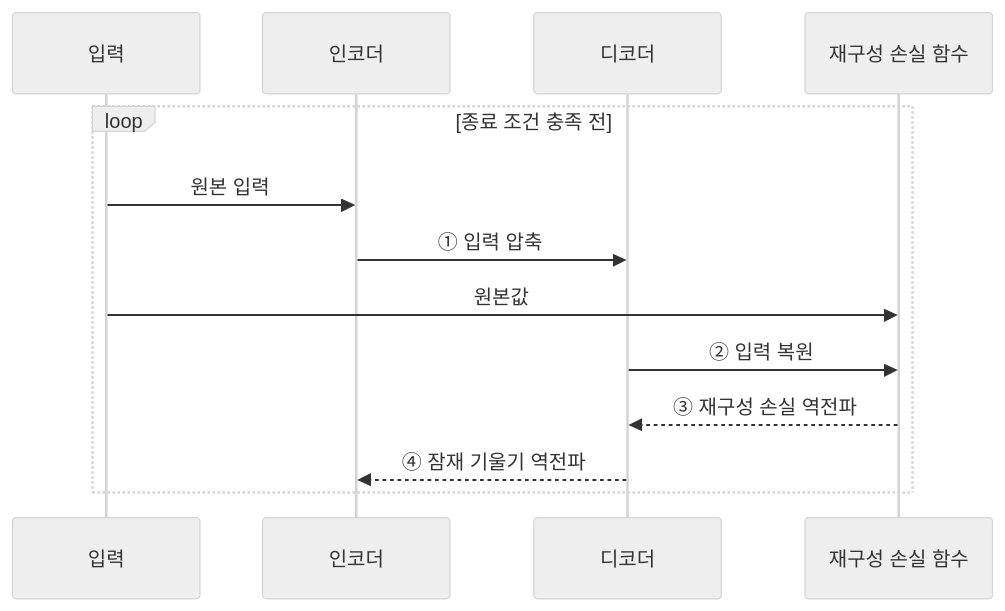
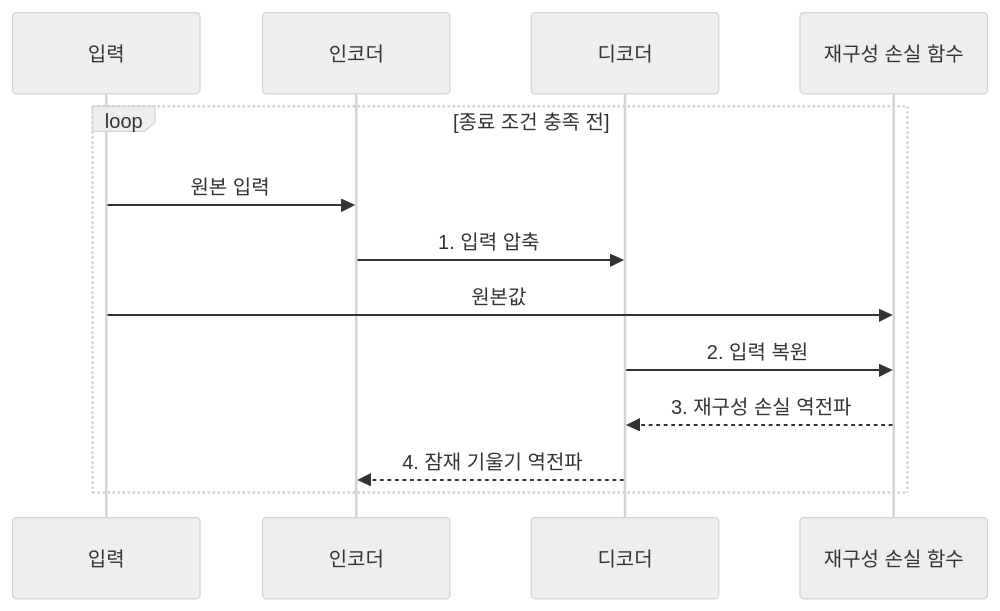
Before and after one commit to agnusdei1207/knowledge-base: the second of 2 diagrams in src/content/docs/notes/01-basic-theory/045_autoencoder.md, drawn with Mermaid (neutral theme). The commit also changed other lines of this file and 20 other files, not shown here.

````diff
--- a/src/content/docs/notes/01-basic-theory/045_autoencoder.md
+++ b/src/content/docs/notes/01-basic-theory/045_autoencoder.md
@@ -85,15 +87,15 @@
 ```mermaid
 sequenceDiagram
     participant I as 입력
     participant E as 인코더
     participant D as 디코더
     participant L as 재구성 손실 함수
     loop 종료 조건 충족 전
         I->>E: 원본 입력
-        E->>D: ① 입력 압축
+        E->>D: 1. 입력 압축
         I->>L: 원본값
-        D->>L: ② 입력 복원
-        L-->>D: ③ 재구성 손실 역전파
-        D-->>E: ④ 잠재 기울기 역전파
+        D->>L: 2. 입력 복원
+        L-->>D: 3. 재구성 손실 역전파
+        D-->>E: 4. 잠재 기울기 역전파
     end
 ```
````
